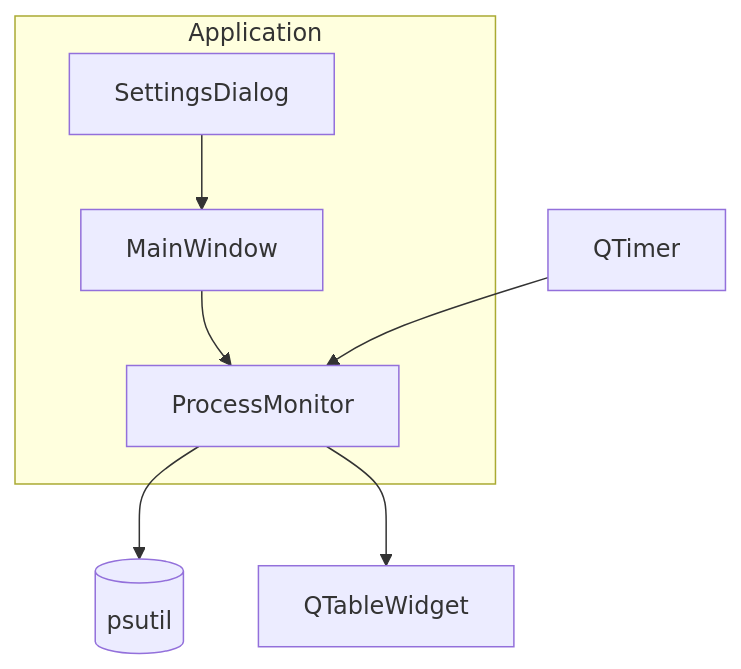
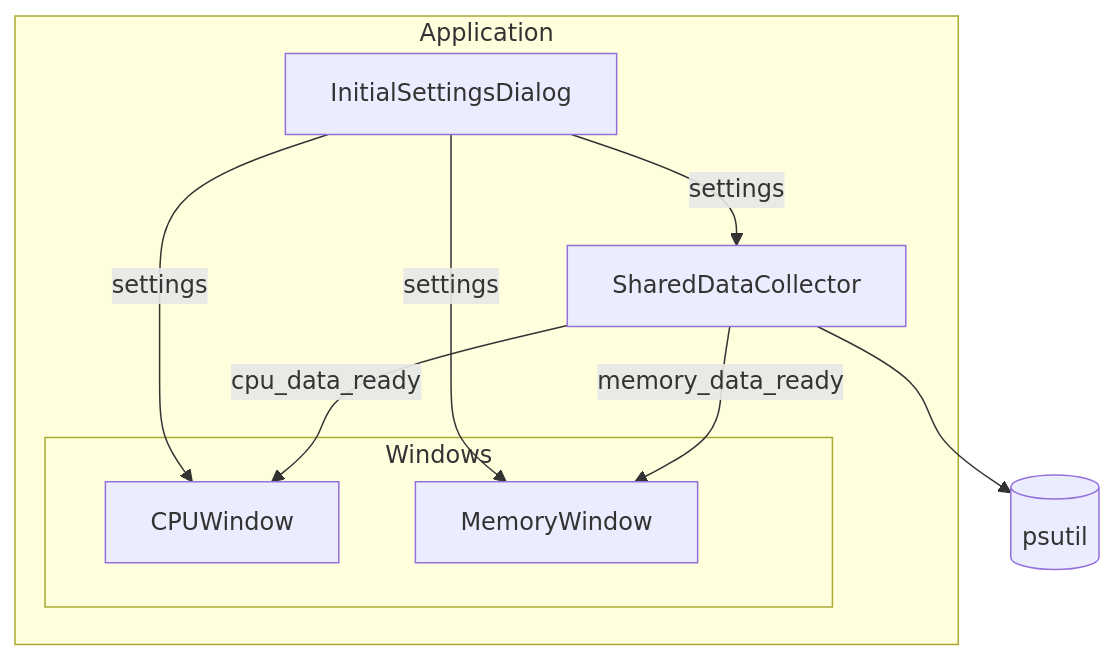
One commit to UVuruna/Vitals changed the diagram in README.md. Above: the diagram before and after it, drawn with Mermaid. The commit also changed other lines of this file, not shown here.

First line of the commit message:
docs: update README with dual monitor architecture

````diff
--- a/README.md
+++ b/README.md
@@ -126,15 +126,18 @@
 ```mermaid
 flowchart TB
     subgraph APP["Application"]
-        MW[MainWindow]
-        SD[SettingsDialog]
-        PM[ProcessMonitor]
+        ISD[InitialSettingsDialog]
+        SDC[SharedDataCollector]
+        subgraph WINDOWS["Windows"]
+            CPU[CPUWindow]
+            MEM[MemoryWindow]
+        end
     end
 
-    MW --> PM
-    SD --> MW
-    PM --> psutil[(psutil)]
-
-    QTimer[QTimer] --> PM
-    PM --> Tables[QTableWidget]
+    ISD -->|settings| SDC
+    ISD -->|settings| CPU
+    ISD -->|settings| MEM
+    SDC -->|cpu_data_ready| CPU
+    SDC -->|memory_data_ready| MEM
+    SDC --> psutil[(psutil)]
 ```
````
